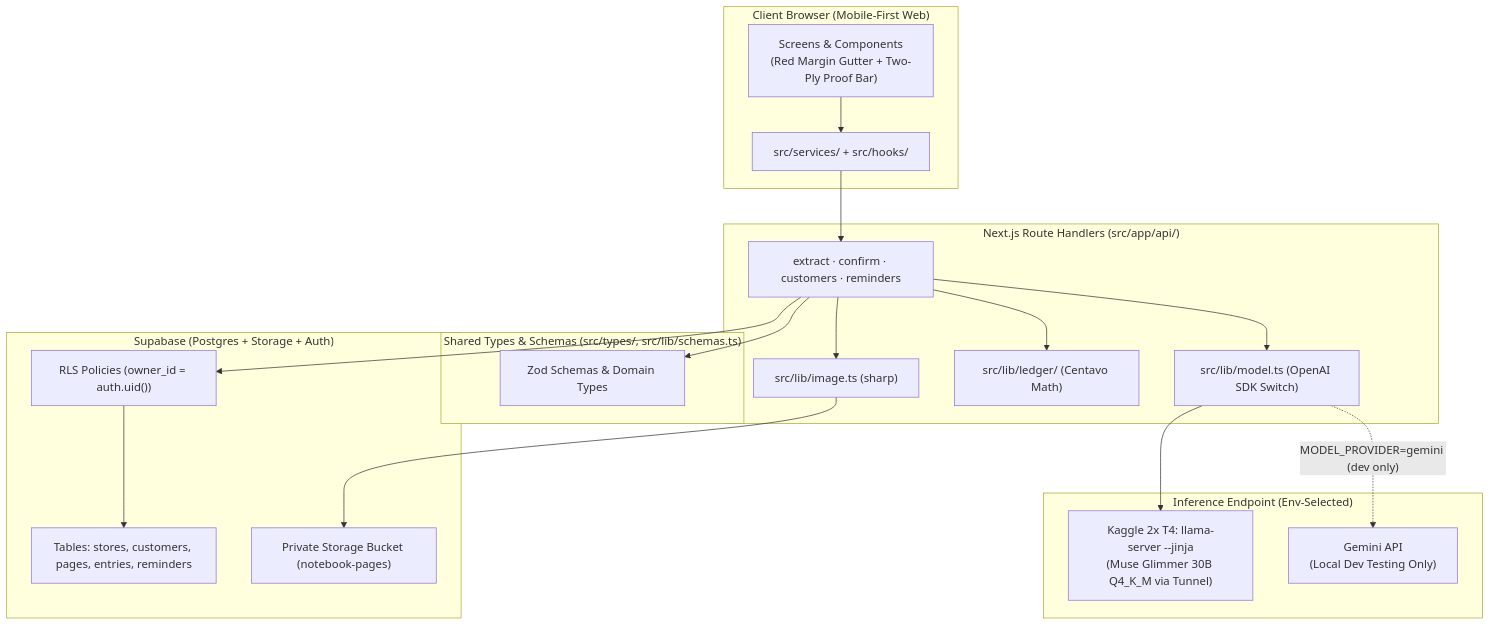
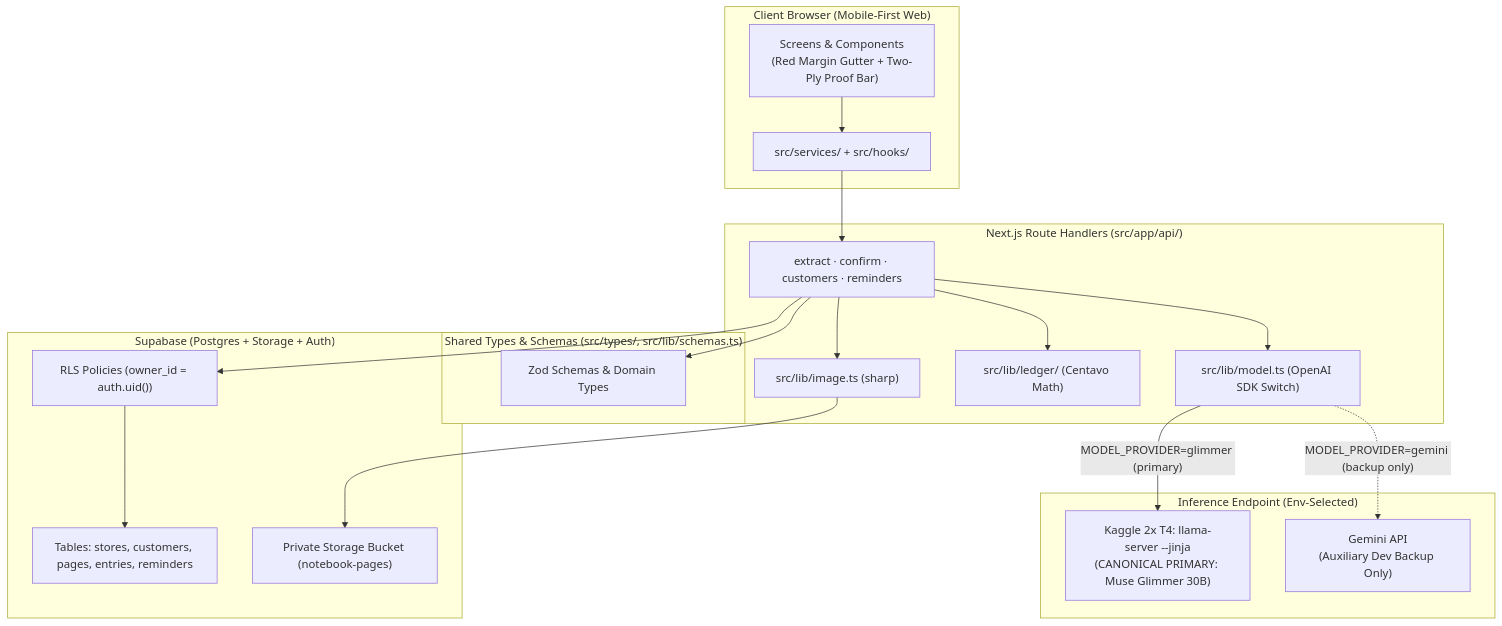
Before and after one commit to ejay-detera/talaan: the diagram in docs/sad.md, drawn with Mermaid. The commit also changed other lines of this file and 49 other files, not shown here.

````diff
--- a/docs/sad.md
+++ b/docs/sad.md
@@ -79,37 +77,37 @@
 ```mermaid
 flowchart TB
   subgraph client ["Client Browser (Mobile-First Web)"]
     UI["Screens & Components\n(Red Margin Gutter + Two-Ply Proof Bar)"]
     SVC["src/services/ + src/hooks/"]
   end
   subgraph shared ["Shared Types & Schemas (src/types/, src/lib/schemas.ts)"]
     ZOD["Zod Schemas & Domain Types"]
   end
   subgraph backend ["Next.js Route Handlers (src/app/api/)"]
     API["extract · confirm · customers · reminders"]
     SHARP["src/lib/image.ts (sharp)"]
     LEDGER["src/lib/ledger/ (Centavo Math)"]
     MODEL["src/lib/model.ts (OpenAI SDK Switch)"]
   end
   subgraph db ["Supabase (Postgres + Storage + Auth)"]
     RLS["RLS Policies (owner_id = auth.uid())"]
     TBL["Tables: stores, customers, pages, entries, reminders"]
     BUCKET["Private Storage Bucket (notebook-pages)"]
   end
   subgraph external ["Inference Endpoint (Env-Selected)"]
-    GLIMMER["Kaggle 2x T4: llama-server --jinja\n(Muse Glimmer 30B Q4_K_M via Tunnel)"]
-    GEMINI["Gemini API\n(Local Dev Testing Only)"]
+    GLIMMER["Kaggle 2x T4: llama-server --jinja\n(CANONICAL PRIMARY: Muse Glimmer 30B)"]
+    GEMINI["Gemini API\n(Auxiliary Dev Backup Only)"]
   end
 
   UI --> SVC
   SVC --> API
   API --> ZOD
   API --> SHARP
   SHARP --> BUCKET
   API --> MODEL
-  MODEL --> GLIMMER
-  MODEL -.->|"MODEL_PROVIDER=gemini (dev only)"| GEMINI
+  MODEL -->|"MODEL_PROVIDER=glimmer (primary)"| GLIMMER
+  MODEL -.->|"MODEL_PROVIDER=gemini (backup only)"| GEMINI
   API --> LEDGER
   API --> RLS
   RLS --> TBL
 ```
````
